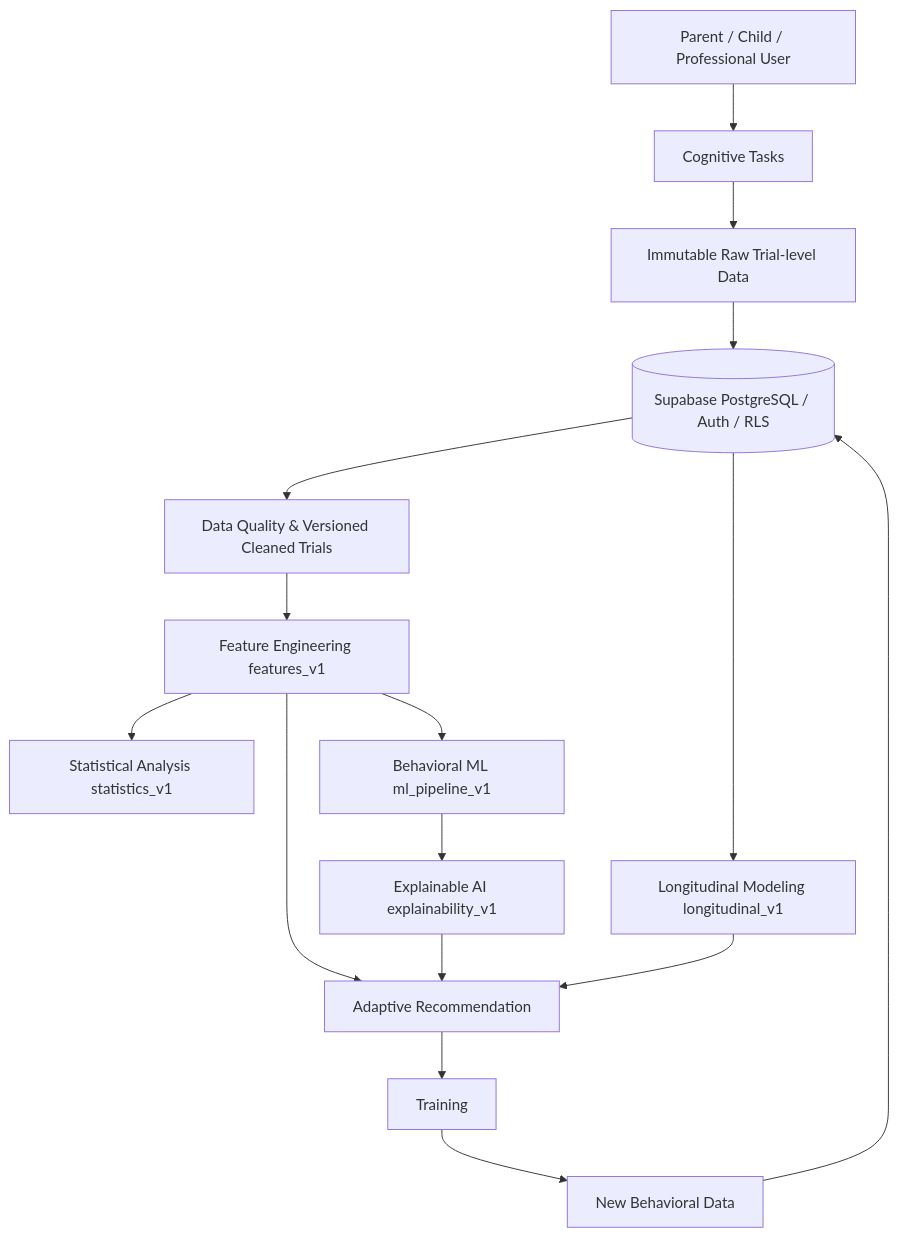
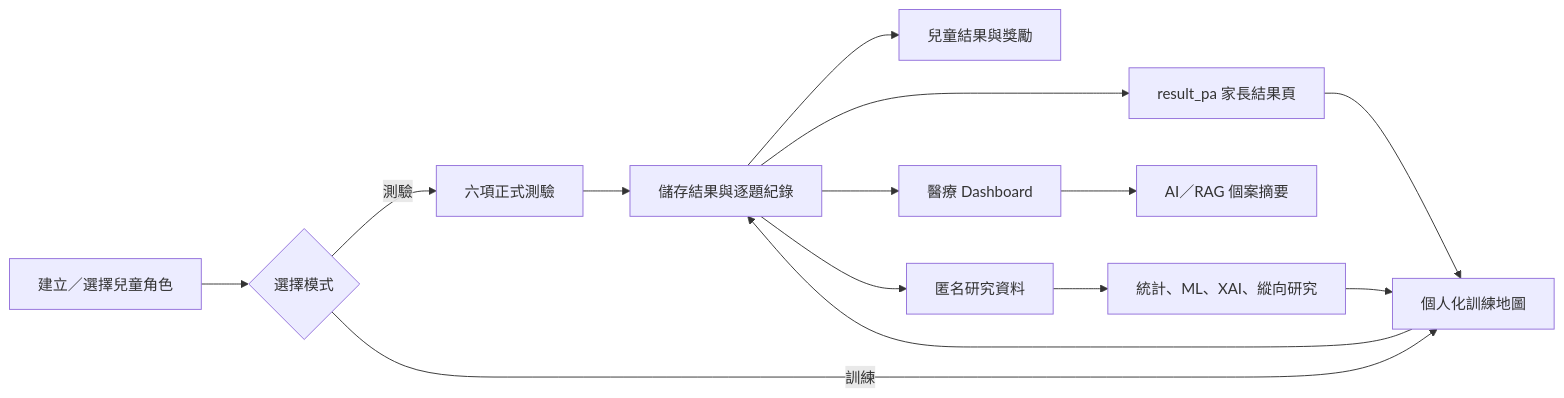
One commit to larinastudy01-lab/ef-game changed the first of 2 diagrams in README.md. Above: the diagram before and after it, drawn with Mermaid. The commit also changed other lines of this file and 26 other files, not shown here.

````diff
--- a/README.md
+++ b/README.md
@@ -42,18 +22,16 @@
 ```mermaid
-flowchart TD
-    U[Parent / Child / Professional User] --> T[Cognitive Tasks]
-    T --> R[Immutable Raw Trial-level Data]
-    R --> S[(Supabase PostgreSQL / Auth / RLS)]
-    S --> Q[Data Quality & Versioned Cleaned Trials]
-    Q --> F[Feature Engineering features_v1]
-    F --> ST[Statistical Analysis statistics_v1]
-    F --> ML[Behavioral ML ml_pipeline_v1]
-    ML --> XAI[Explainable AI explainability_v1]
-    F --> AR[Adaptive Recommendation]
-    XAI --> AR
-    AR --> TR[Training]
-    TR --> NR[New Behavioral Data]
-    NR --> S
-    S --> L[Longitudinal Modeling longitudinal_v1]
-    L --> AR
+flowchart LR
+    A[建立／選擇兒童角色] --> B{選擇模式}
+    B -->|測驗| C[六項正式測驗]
+    B -->|訓練| D[個人化訓練地圖]
+    C --> E[儲存結果與逐題紀錄]
+    D --> E
+    E --> F[兒童結果與獎勵]
+    E --> G[result_pa 家長結果頁]
+    E --> H[醫療 Dashboard]
+    H --> I[AI／RAG 個案摘要]
+    E --> J[匿名研究資料]
+    J --> K[統計、ML、XAI、縱向研究]
+    G --> D
+    K --> D
 ```
````
